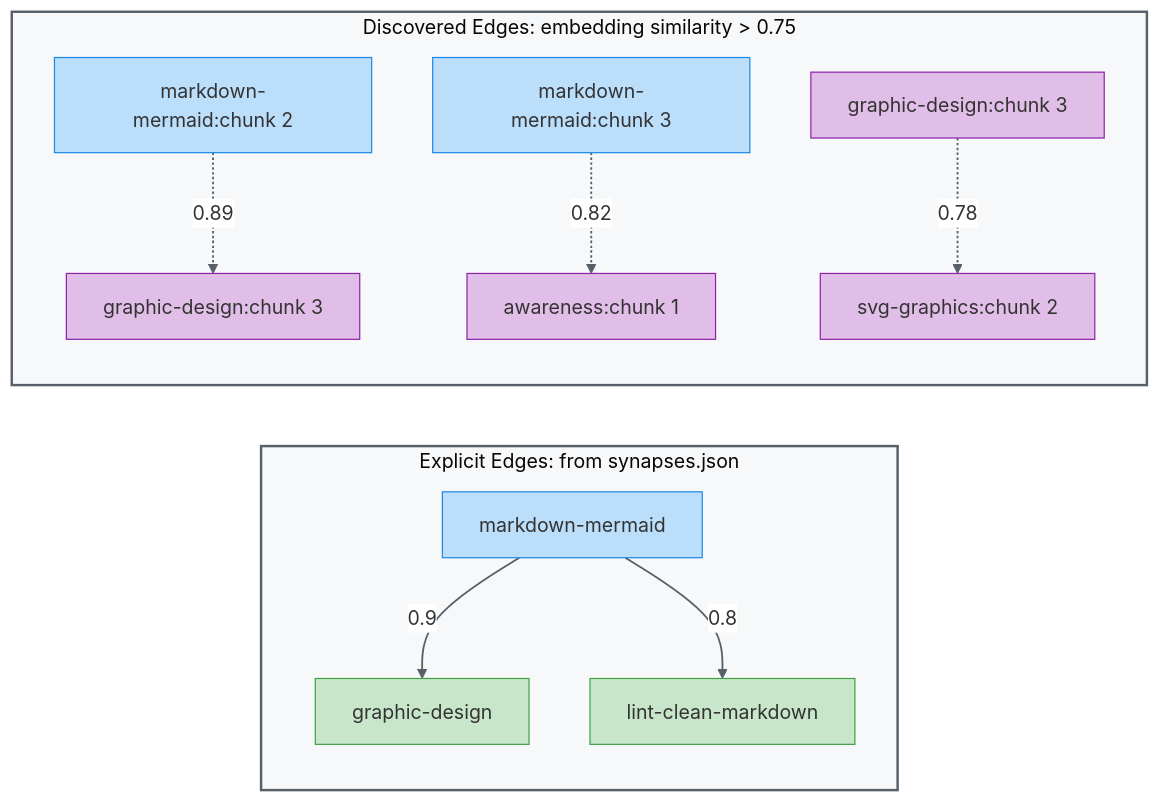
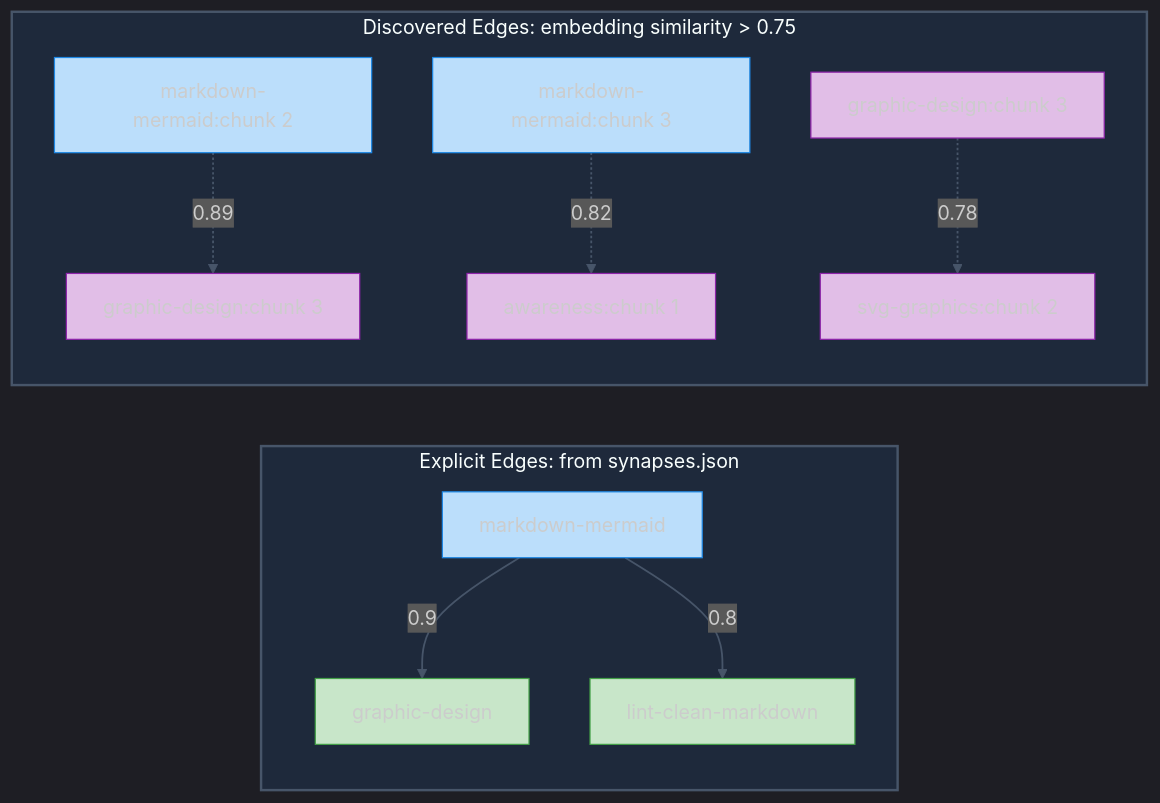
One commit to fabioc-aloha/Alex_Plug_In changed the fifth of 11 diagrams in alex_docs/architecture/SEMANTIC-SKILL-GRAPH.md. Above: the diagram before and after it, drawn with Mermaid. The commit also changed other lines of this file and 13 other files, not shown here.

Commit message:
brand(M4.8-4.10): mermaid theme snippet + inject CorreaX theme into arch diagrams + standardize badge colors

````diff
--- a/alex_docs/architecture/SEMANTIC-SKILL-GRAPH.md
+++ b/alex_docs/architecture/SEMANTIC-SKILL-GRAPH.md
@@ -297,28 +298,28 @@
 ```mermaid
-%%{init: {'theme': 'base', 'themeVariables': { 'edgeLabelBackground':'#ffffff', 'lineColor': '#57606a' }}}%%
+%%{init: {'theme': 'dark', 'themeVariables': {'background': '#0f172a', 'primaryColor': '#1e293b', 'primaryTextColor': '#f1f5f9', 'primaryBorderColor': '#818cf8', 'lineColor': '#475569', 'secondaryColor': '#1e293b', 'secondaryBorderColor': '#2dd4bf', 'tertiaryColor': '#1e293b', 'fontFamily': 'Segoe UI, system-ui, sans-serif'}}}%%
 graph LR
     subgraph EXP["Explicit Edges: from synapses.json"]
         MM1["markdown-mermaid"] -->|0.9| GD1["graphic-design"]
         MM1 -->|0.8| LC1["lint-clean-markdown"]
     end
 
     subgraph DIS["Discovered Edges: embedding similarity > 0.75"]
         MM2["markdown-mermaid:chunk 2"] -.->|0.89| GD2["graphic-design:chunk 3"]
         MM3["markdown-mermaid:chunk 3"] -.->|0.82| AW["awareness:chunk 1"]
         GD3["graphic-design:chunk 3"] -.->|0.78| SVG["svg-graphics:chunk 2"]
     end
 
-    style EXP fill:#f6f8fa,stroke:#57606a,stroke-width:2px
-    style DIS fill:#f6f8fa,stroke:#57606a,stroke-width:2px
+    style EXP fill:#1e293b,stroke:#475569,stroke-width:2px
+    style DIS fill:#1e293b,stroke:#475569,stroke-width:2px
 
     style MM1 fill:#bbdefb,stroke:#1e88e5
     style GD1 fill:#c8e6c9,stroke:#43a047
     style LC1 fill:#c8e6c9,stroke:#43a047
     style MM2 fill:#bbdefb,stroke:#1e88e5
     style MM3 fill:#bbdefb,stroke:#1e88e5
     style GD2 fill:#e1bee7,stroke:#8e24aa
     style GD3 fill:#e1bee7,stroke:#8e24aa
     style AW fill:#e1bee7,stroke:#8e24aa
     style SVG fill:#e1bee7,stroke:#8e24aa
-    linkStyle default stroke:#57606a,stroke-width:1.5px
+    linkStyle default stroke:#475569,stroke-width:1.5px
 ```
````
